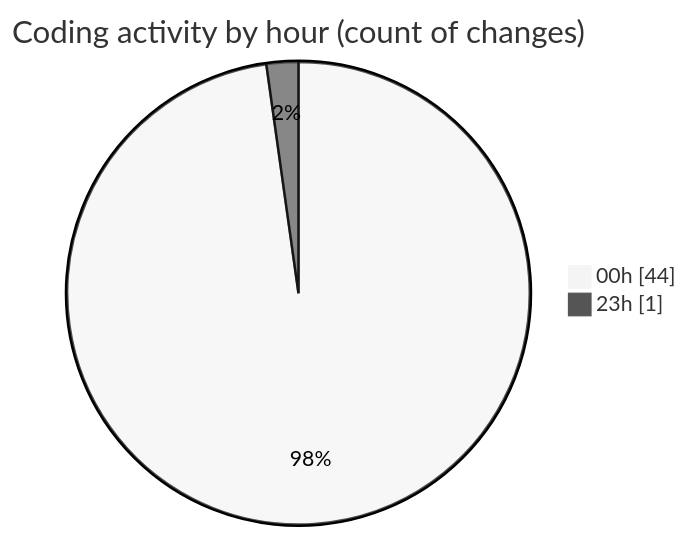
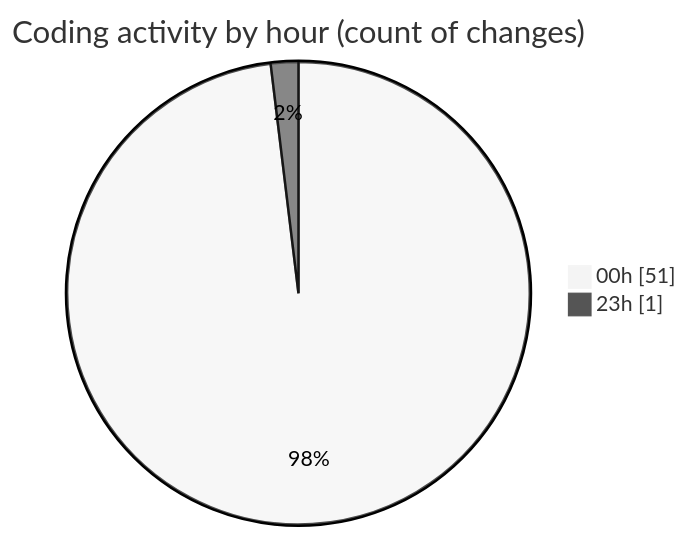
One commit to nxtqubesakshisongat/code-tracking changed the second of 2 diagrams in 2026-03-15/nxtqube_webapp/README.md. Above: the diagram before and after it, drawn with Mermaid (neutral theme). The commit also changed other lines of this file and 1 other file, not shown here.

````diff
--- a/2026-03-15/nxtqube_webapp/README.md
+++ b/2026-03-15/nxtqube_webapp/README.md
@@ -28,6 +28,6 @@
 ```mermaid
 pie showData
 title Coding activity by hour (count of changes)
-"00h" : 44
+"00h" : 51
 "23h" : 1
 ```
````
